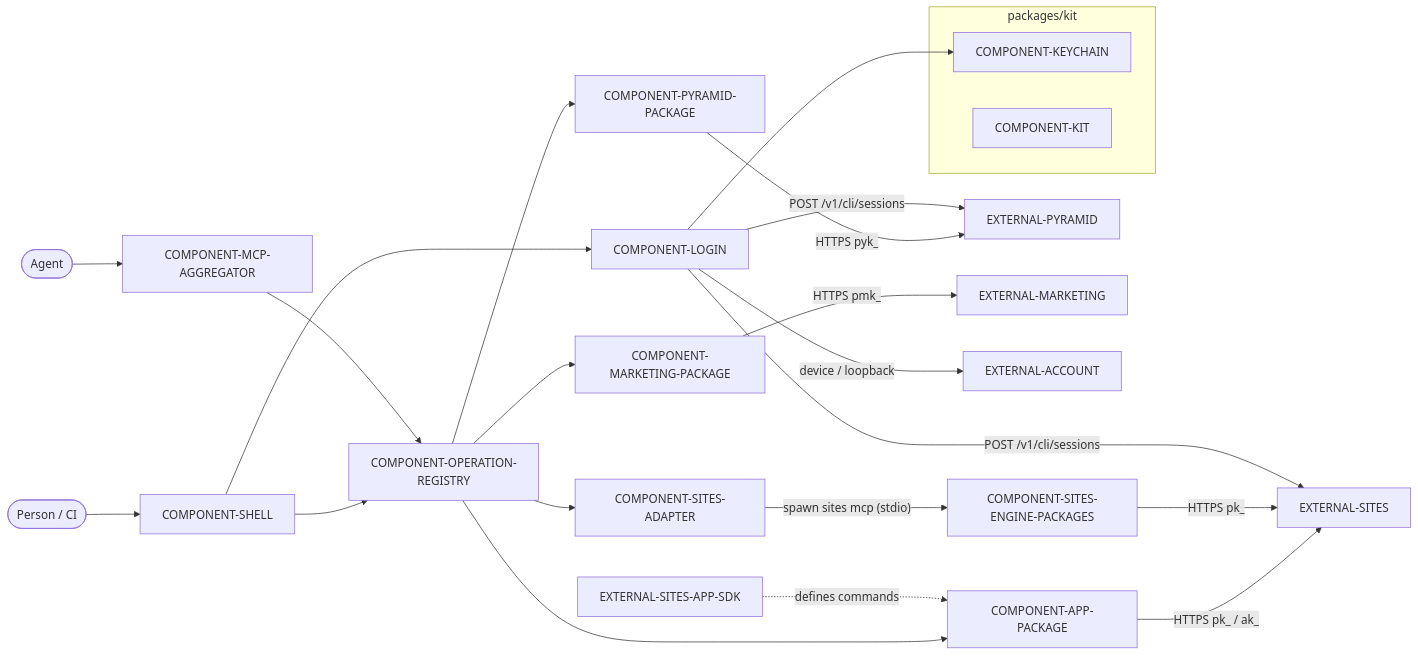
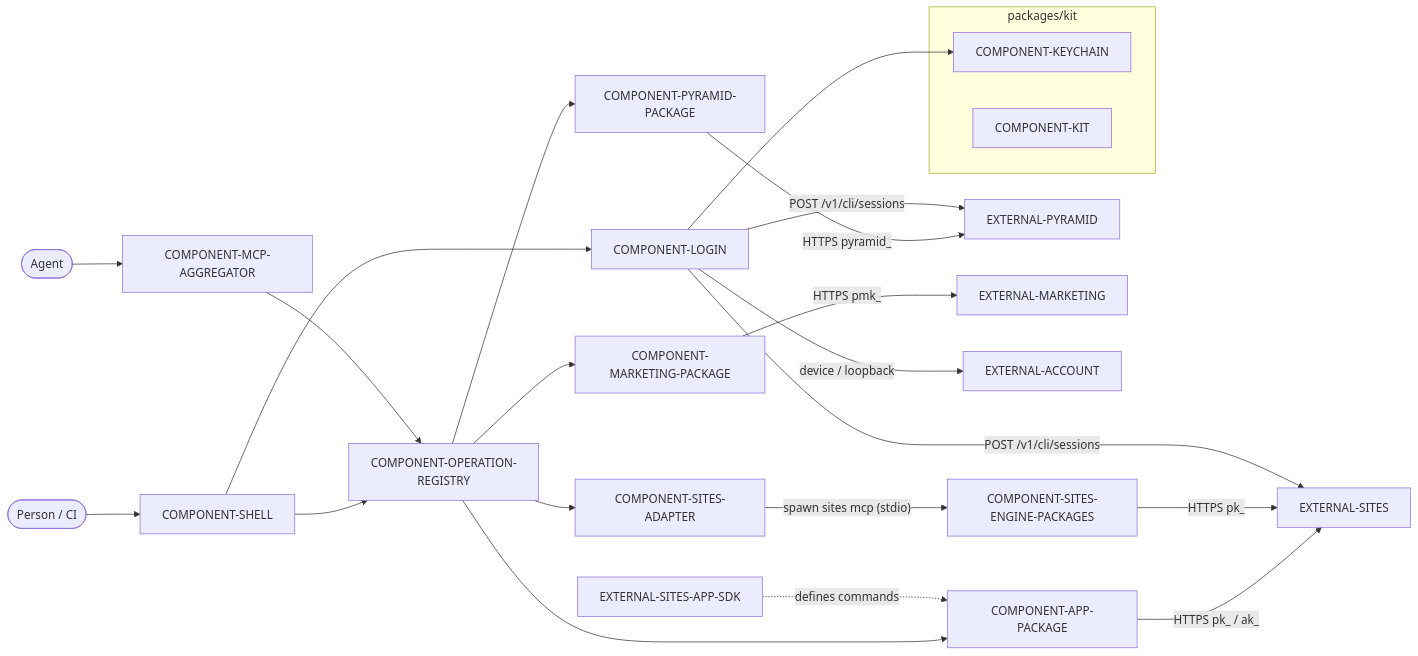
Before and after one commit to magic-spells/cli: the diagram in constellation/diagram/DIAGRAM-ARCHITECTURE.md, drawn with Mermaid. The commit also changed 14 other files, not shown here.

````diff
--- a/constellation/diagram/DIAGRAM-ARCHITECTURE.md
+++ b/constellation/diagram/DIAGRAM-ARCHITECTURE.md
@@ -25,26 +25,26 @@
 ```mermaid
 flowchart LR
   person([Person / CI]) --> COMPONENT-SHELL
   agent([Agent]) --> COMPONENT-MCP-AGGREGATOR
   COMPONENT-SHELL --> COMPONENT-OPERATION-REGISTRY
   COMPONENT-MCP-AGGREGATOR --> COMPONENT-OPERATION-REGISTRY
   COMPONENT-SHELL --> COMPONENT-LOGIN
   COMPONENT-LOGIN --> COMPONENT-KEYCHAIN
   subgraph kit [packages/kit]
     COMPONENT-KIT
     COMPONENT-KEYCHAIN
   end
   COMPONENT-OPERATION-REGISTRY --> COMPONENT-PYRAMID-PACKAGE
   COMPONENT-OPERATION-REGISTRY --> COMPONENT-MARKETING-PACKAGE
   COMPONENT-OPERATION-REGISTRY --> COMPONENT-APP-PACKAGE
   COMPONENT-OPERATION-REGISTRY --> COMPONENT-SITES-ADAPTER
   COMPONENT-SITES-ADAPTER -- "spawn sites mcp (stdio)" --> COMPONENT-SITES-ENGINE-PACKAGES
-  COMPONENT-PYRAMID-PACKAGE -- "HTTPS pyk_" --> EXTERNAL-PYRAMID
+  COMPONENT-PYRAMID-PACKAGE -- "HTTPS pyramid_" --> EXTERNAL-PYRAMID
   COMPONENT-MARKETING-PACKAGE -- "HTTPS pmk_" --> EXTERNAL-MARKETING
   COMPONENT-APP-PACKAGE -- "HTTPS pk_ / ak_" --> EXTERNAL-SITES
   COMPONENT-SITES-ENGINE-PACKAGES -- "HTTPS pk_" --> EXTERNAL-SITES
   COMPONENT-LOGIN -- "device / loopback" --> EXTERNAL-ACCOUNT
   COMPONENT-LOGIN -- "POST /v1/cli/sessions" --> EXTERNAL-SITES
   COMPONENT-LOGIN -- "POST /v1/cli/sessions" --> EXTERNAL-PYRAMID
   EXTERNAL-SITES-APP-SDK -. "defines commands" .-> COMPONENT-APP-PACKAGE
 ```
````
